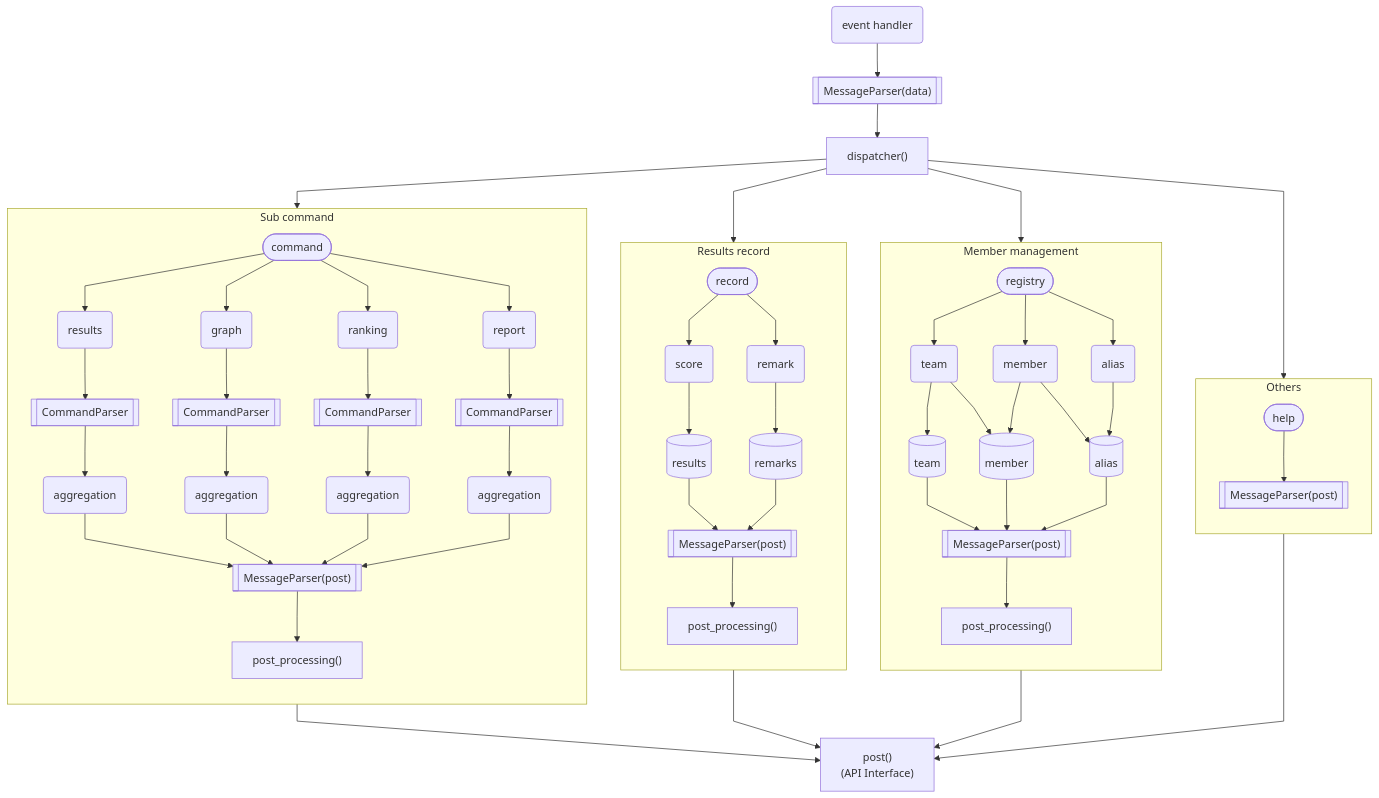
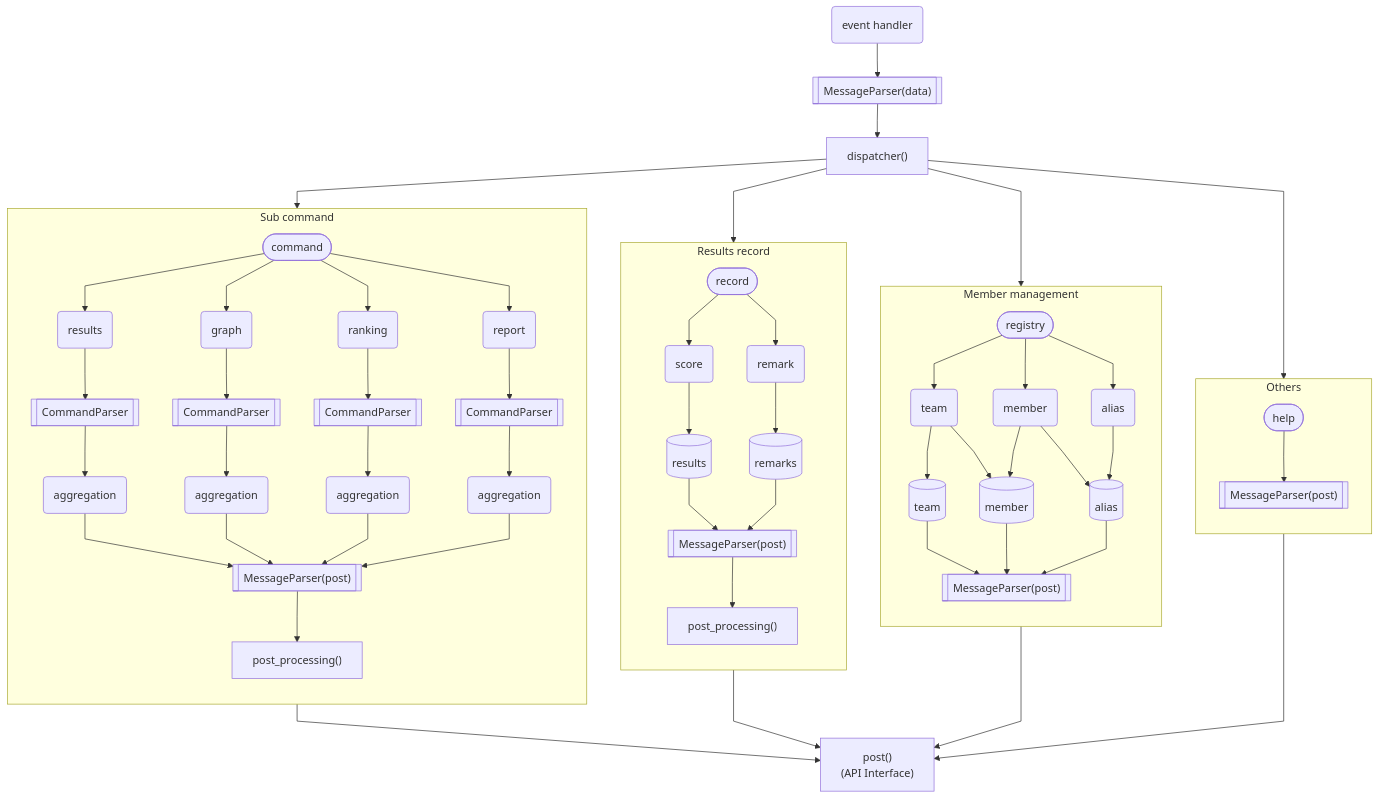
The diagram in docs/development/architecture.md (togakushi/slack-mahjong-score-management), drawn with Mermaid before and after one commit. The commit also changed 2 other files, not shown here.

Commit message:
ドキュメント更新

````diff
--- a/docs/development/architecture.md
+++ b/docs/development/architecture.md
@@ -2,46 +2,46 @@
 ```mermaid
 ---
 config:
   flowchart:
     curve: linear
 ---
 flowchart TB
     event(event handler);
     m1[["MessageParser(data)"]];
 
     event --> m1 --> d["dispatcher()"] --> f1 & f2 & f3 & f4;
 
     subgraph f1[Sub command]
         direction TB
         c([command]) --> sc1 & sc2 & sc3 & sc4;
         sc1(results) --> cp1[[CommandParser]] --> p1(aggregation);
         sc2(graph) --> cp2[[CommandParser]] --> p2(aggregation);
         sc3(ranking) --> cp3[[CommandParser]] --> p3(aggregation);
         sc4(report) --> cp4[[CommandParser]] --> p4(aggregation);
         p1 & p2 & p3 & p4 --> mp1[["MessageParser(post)"]] --> pp1["post_processing()"];
     end
 
     subgraph f2[Results record]
         direction TB
         r2([record]);
         r2 --> a1(score) --> results[(results)];
         r2 --> a2(remark) --> remarks[(remarks)];
         results & remarks --> mp2[["MessageParser(post)"]] --> pp2["post_processing()"];
     end
 
     subgraph f3[Member management]
         direction TB
         r1([registry]);
         r1 --> a4(team) --> db2[(team)] & db1;
         r1 --> a3(member) --> db1[(member)] & db3[(alias)];
         r1 --> a5(alias) --> db3;
-        db1 & db2 & db3  --> mp3[["MessageParser(post)"]] --> pp3["post_processing()"];
+        db1 & db2 & db3  --> mp3[["MessageParser(post)"]];
     end
 
     subgraph f4[Others]
         direction TB
         h([help]) --> mp4[["MessageParser(post)"]];
     end
 
     f1 & f2 & f3 & f4 --> post["post()<br>(API Interface)"];
 ```
````
